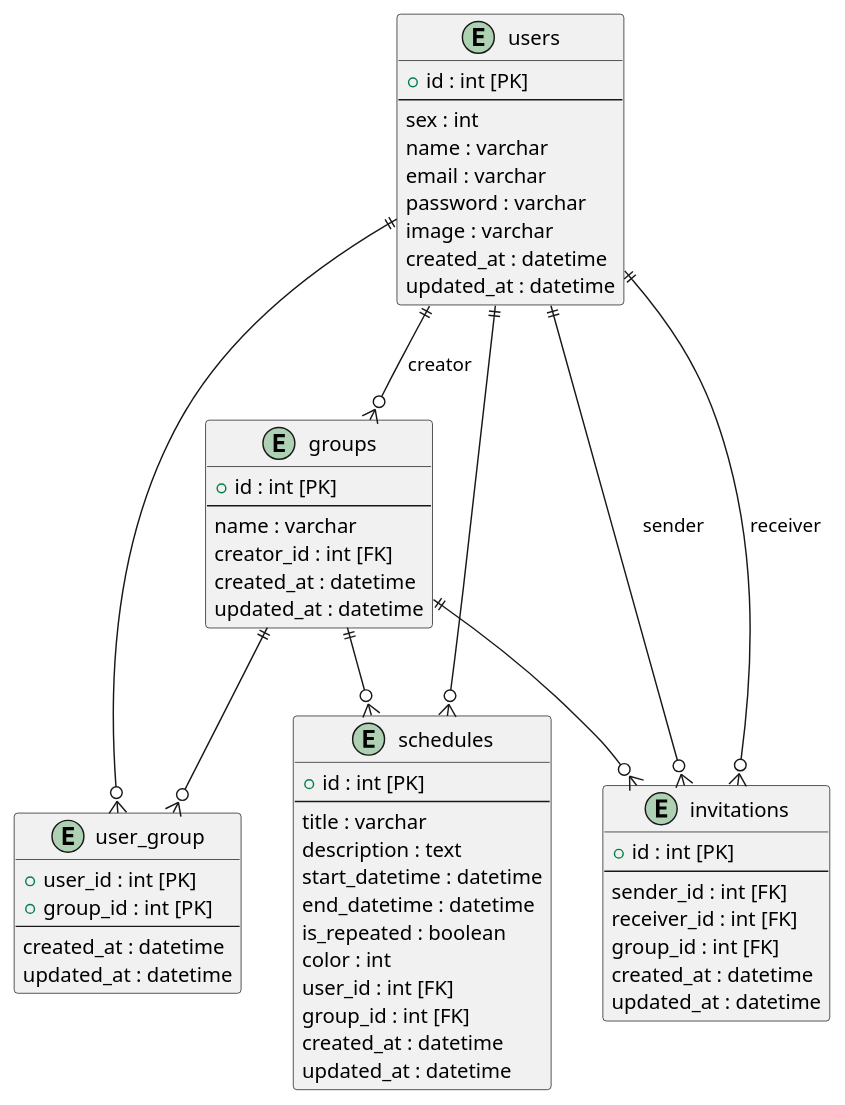
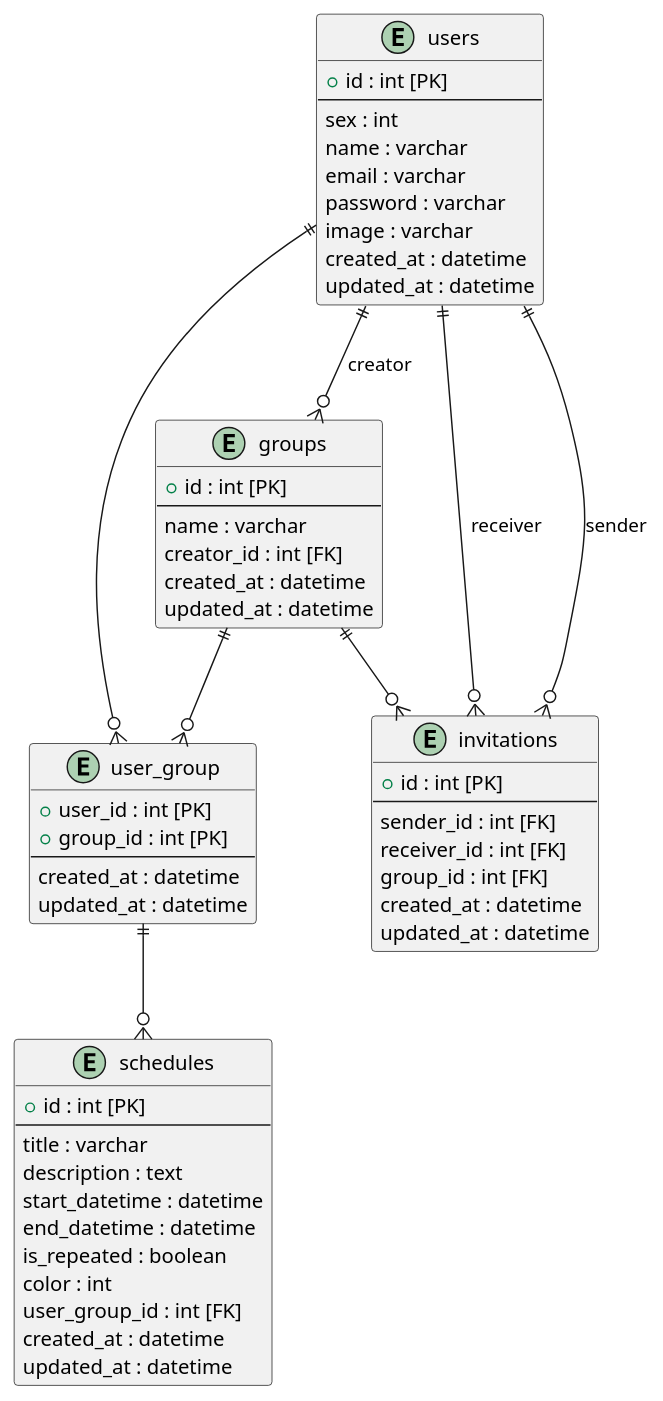
The diagram in ER.pu (bwkw/sharely), drawn with PlantUML before and after one commit.

Commit message:
:sparkles: Update ER

```diff
--- a/ER.pu
+++ b/ER.pu
@@ -1,66 +1,64 @@
 @startuml
 
 entity "users" as users {
     + id : int [PK]
     --
     sex : int
     name : varchar
     email : varchar
     password : varchar
     image : varchar
     created_at : datetime
     updated_at : datetime
 }
 
 entity "groups" as groups {
     + id : int [PK]
     --
     name : varchar
     creator_id : int [FK]
     created_at : datetime
     updated_at : datetime
 }
 
 entity "user_group" as user_group {
     + user_id : int [PK]
     + group_id : int [PK]
     --
     created_at : datetime
     updated_at : datetime
 }
 
 entity "schedules" as schedules {
     + id : int [PK]
     --
     title : varchar
     description : text
     start_datetime : datetime
     end_datetime : datetime
     is_repeated : boolean
     color : int
-    user_id : int [FK]
-    group_id : int [FK]
+    user_group_id : int [FK]
     created_at : datetime
     updated_at : datetime
 }
 
 entity "invitations" as invitations {
     + id : int [PK]
     --
     sender_id : int [FK]
     receiver_id : int [FK]
     group_id : int [FK]
     created_at : datetime
     updated_at : datetime
 }
 
 users ||--o{ user_group
 groups ||--o{ user_group
-users ||--o{ schedules
-groups ||--o{ schedules
+user_group ||--o{ schedules
 users ||--o{ groups : creator
 users ||--o{ invitations : sender
 users ||--o{ invitations : receiver
 groups ||--o{ invitations
 
 @enduml
```
